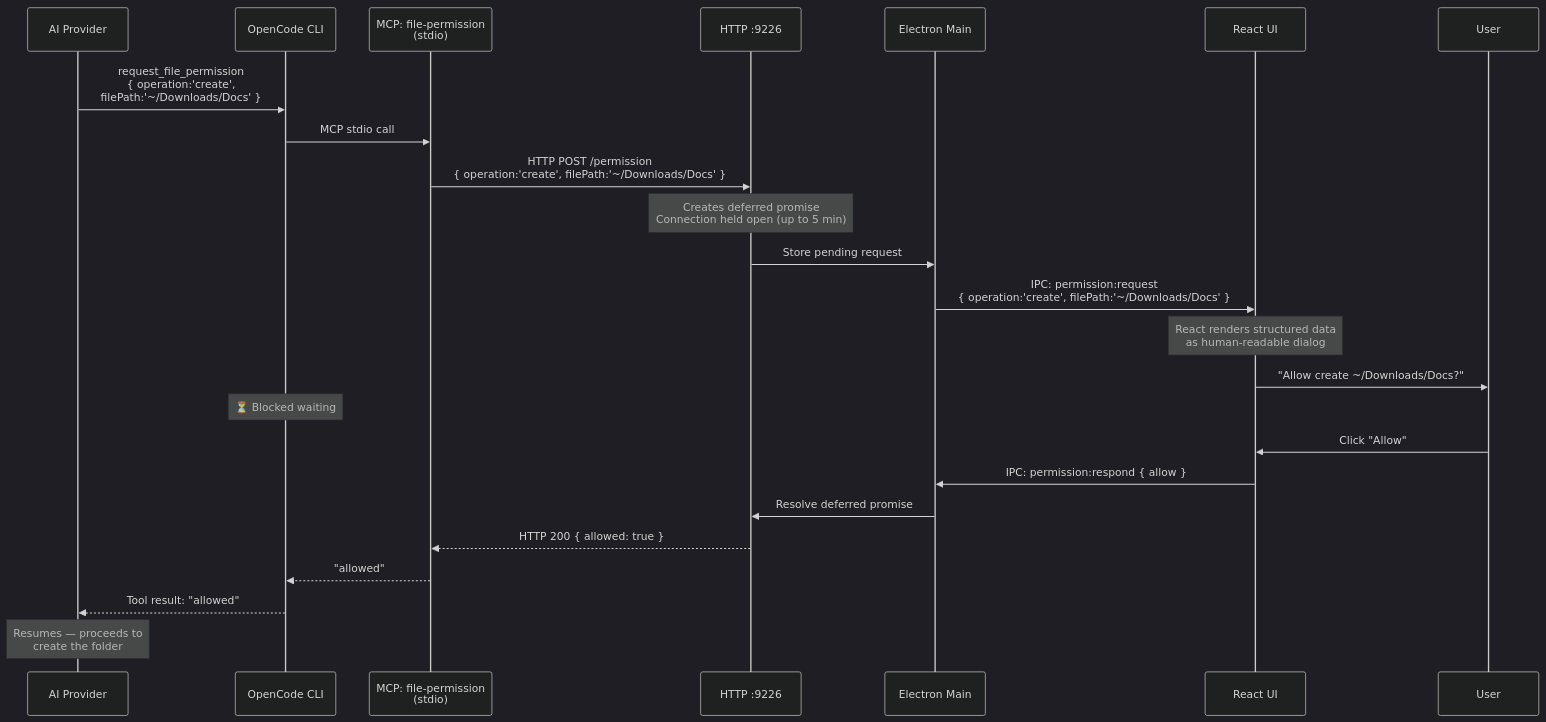
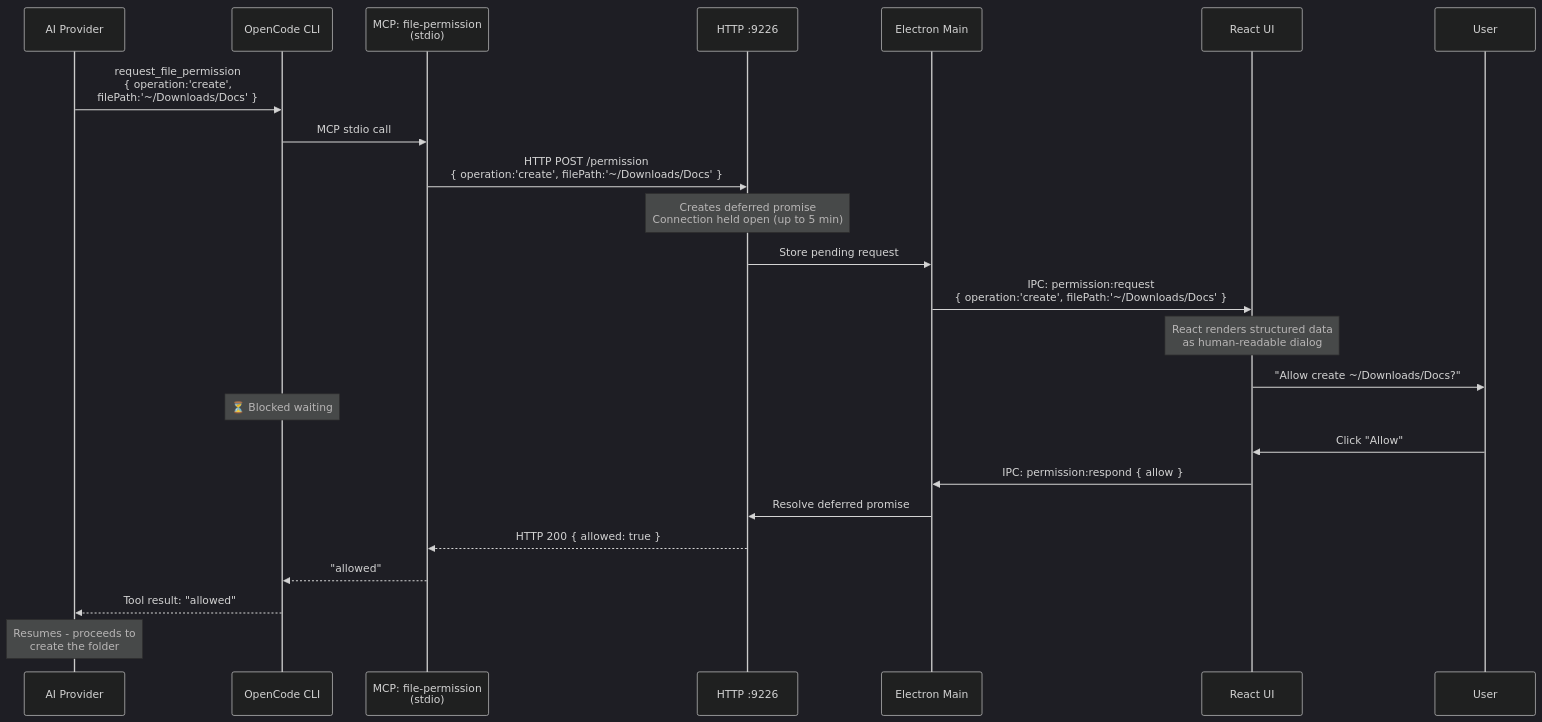
The seventh of 7 diagrams in docs/task-flow-slides.md (anastomotic-ai/anastomotic), drawn with Mermaid (dark theme) before and after one commit. The commit also changed other lines of this file and 165 other files, not shown here.

````diff
--- a/docs/task-flow-slides.md
+++ b/docs/task-flow-slides.md
@@ -231,34 +231,34 @@
 ```mermaid
 sequenceDiagram
   participant AI as AI Provider
   participant OC as OpenCode CLI
   participant MCP_FP as MCP: file-permission<br/>(stdio)
   participant HTTP as HTTP :9226
   participant Main as Electron Main
   participant UI as React UI
   participant User
 
   AI->>OC: request_file_permission<br/>{ operation:'create',<br/>filePath:'~/Downloads/Docs' }
   OC->>MCP_FP: MCP stdio call
   MCP_FP->>HTTP: HTTP POST /permission<br/>{ operation:'create', filePath:'~/Downloads/Docs' }
 
   Note over HTTP: Creates deferred promise<br/>Connection held open (up to 5 min)
 
   HTTP->>Main: Store pending request
   Main->>UI: IPC: permission:request<br/>{ operation:'create', filePath:'~/Downloads/Docs' }
 
   Note over UI: React renders structured data<br/>as human-readable dialog
 
   UI->>User: "Allow create ~/Downloads/Docs?"
 
   Note over OC: ⏳ Blocked waiting
 
   User->>UI: Click "Allow"
   UI->>Main: IPC: permission:respond { allow }
   Main->>HTTP: Resolve deferred promise
   HTTP-->>MCP_FP: HTTP 200 { allowed: true }
   MCP_FP-->>OC: "allowed"
   OC-->>AI: Tool result: "allowed"
 
-  Note over AI: Resumes — proceeds to<br/>create the folder
+  Note over AI: Resumes - proceeds to<br/>create the folder
 ```
````
